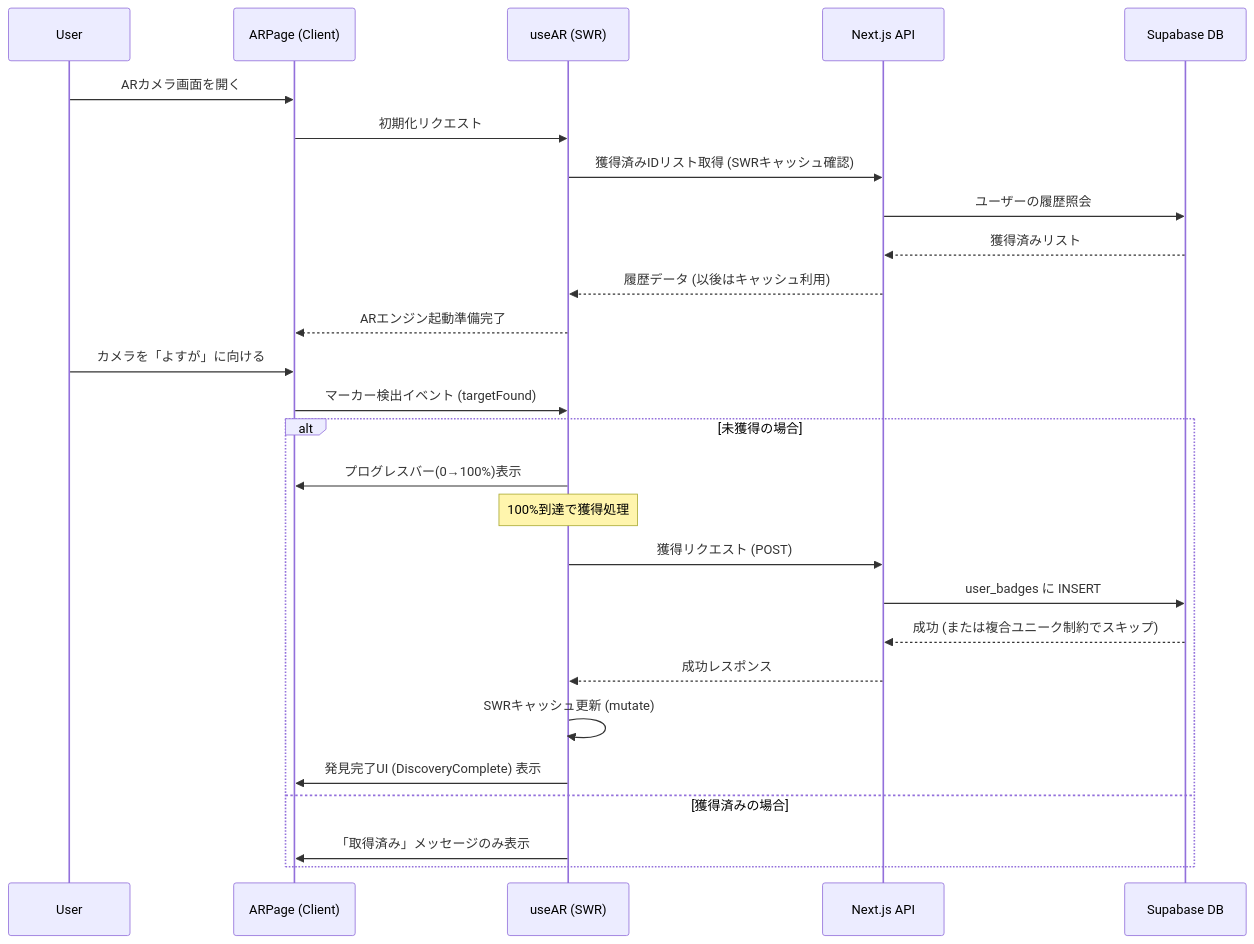
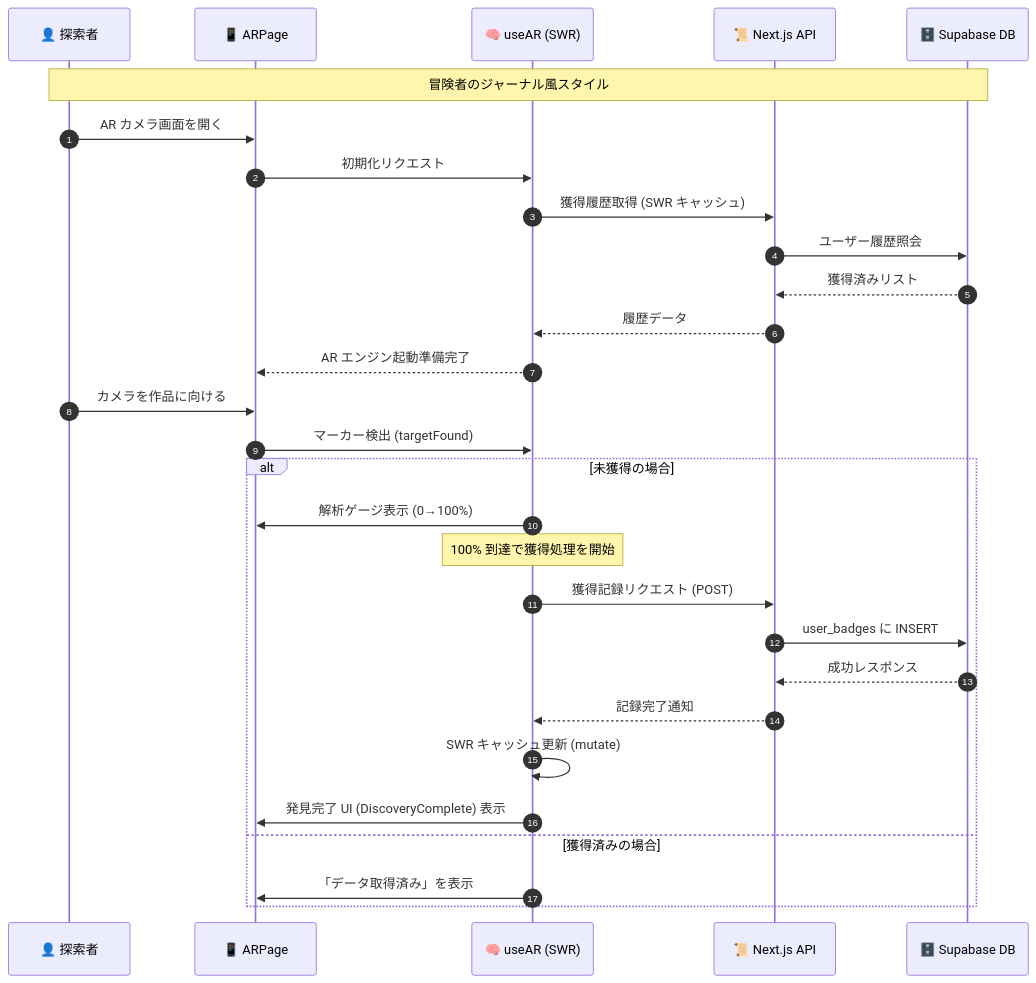
The diagram in docs/SPECIMENS.md (yuma25/ATD26), drawn with Mermaid before and after one commit. The commit also changed other lines of this file and 42 other files, not shown here.

````diff
--- a/docs/SPECIMENS.md
+++ b/docs/SPECIMENS.md
@@ -82,32 +71,35 @@
 ```mermaid
 sequenceDiagram
-    participant U as User
-    participant AR as ARPage (Client)
-    participant Hook as useAR (SWR)
-    participant API as Next.js API
-    participant DB as Supabase DB
+    autonumber
+    participant U as 👤 探索者
+    participant AR as 📱 ARPage
+    participant Hook as 🧠 useAR (SWR)
+    participant API as 📜 Next.js API
+    participant DB as 🗄️ Supabase DB
 
-    U->>AR: ARカメラ画面を開く
+    Note over U,DB: 冒険者のジャーナル風スタイル
+
+    U->>AR: AR カメラ画面を開く
     AR->>Hook: 初期化リクエスト
-    Hook->>API: 獲得済みIDリスト取得 (SWRキャッシュ確認)
-    API->>DB: ユーザーの履歴照会
+    Hook->>API: 獲得履歴取得 (SWR キャッシュ)
+    API->>DB: ユーザー履歴照会
     DB-->>API: 獲得済みリスト
-    API-->>Hook: 履歴データ (以後はキャッシュ利用)
-    Hook-->>AR: ARエンジン起動準備完了
+    API-->>Hook: 履歴データ
+    Hook-->>AR: AR エンジン起動準備完了
 
-    U->>AR: カメラを「よすが」に向ける
-    AR->>Hook: マーカー検出イベント (targetFound)
+    U->>AR: カメラを作品に向ける
+    AR->>Hook: マーカー検出 (targetFound)
 
     alt 未獲得の場合
-        Hook->>AR: プログレスバー(0→100%)表示
-        Note over Hook: 100%到達で獲得処理
-        Hook->>API: 獲得リクエスト (POST)
+        Hook->>AR: 解析ゲージ表示 (0→100%)
+        Note over Hook: 100% 到達で獲得処理を開始
+        Hook->>API: 獲得記録リクエスト (POST)
         API->>DB: user_badges に INSERT
-        DB-->>API: 成功 (または複合ユニーク制約でスキップ)
-        API-->>Hook: 成功レスポンス
-        Hook->>Hook: SWRキャッシュ更新 (mutate)
-        Hook->>AR: 発見完了UI (DiscoveryComplete) 表示
+        DB-->>API: 成功レスポンス
+        API-->>Hook: 記録完了通知
+        Hook->>Hook: SWR キャッシュ更新 (mutate)
+        Hook->>AR: 発見完了 UI (DiscoveryComplete) 表示
     else 獲得済みの場合
-        Hook->>AR: 「取得済み」メッセージのみ表示
+        Hook->>AR: 「データ取得済み」を表示
     end
 ```
````
